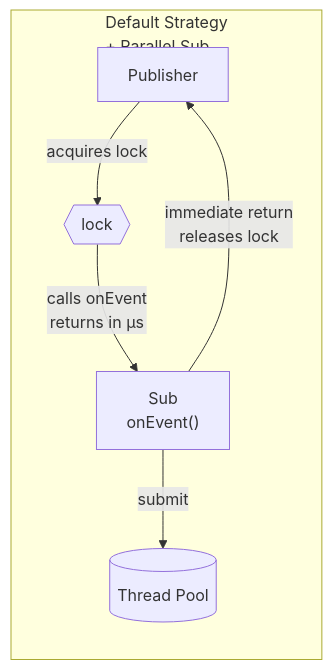
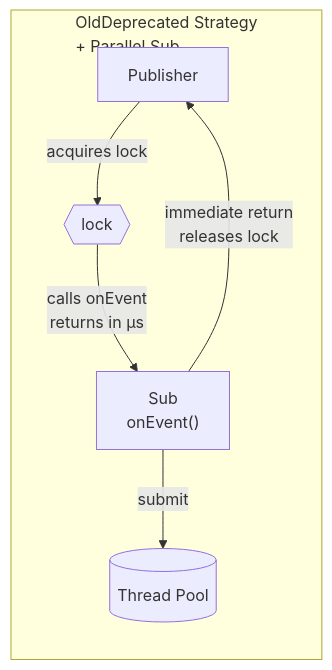
Diagram 11 of 14 in docs/event_bus_evaluation.md (wldt/wldt-core-java), drawn with Mermaid before and after one commit. The commit also changed other lines of this file and 20 other files, not shown here.

Commit message:
Add OldDeprecatedStrategy, new DefaultEventBusStrategy and update EventBus tests for backward compatibility

````diff
--- a/docs/event_bus_evaluation.md
+++ b/docs/event_bus_evaluation.md
@@ -579,9 +680,9 @@
 ```mermaid
 flowchart LR
-    subgraph default_p [Default Strategy\n+ Parallel Sub]
+    subgraph default_p [OldDeprecated Strategy\n+ Parallel Sub]
         DP_P[Publisher] -->|"acquires lock"| DP_L{{"lock"}}
         DP_L -->|"calls onEvent\nreturns in µs"| DP_S["Sub\nonEvent()"]
         DP_S -->|"submit"| DP_POOL[("Thread Pool")]
         DP_S -->|"immediate return\nreleases lock"| DP_P
     end
 ```
````
